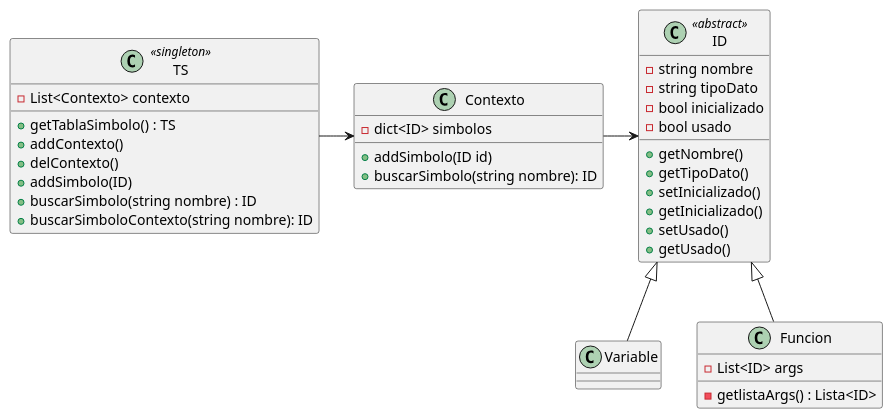
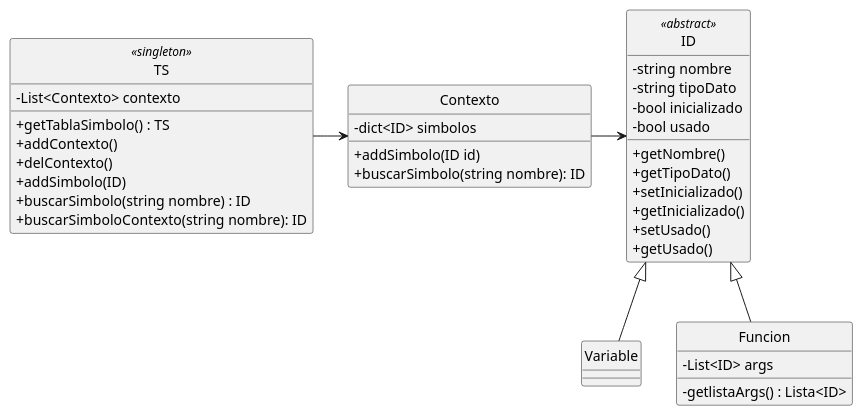
The diagram in compilador/src/main/python/TablaSimbolos.puml (MarielRodriguez072/DHS), drawn with PlantUML before and after one commit. The commit also changed 17 other files, not shown here.

```diff
--- a/compilador/src/main/python/TablaSimbolos.puml
+++ b/compilador/src/main/python/TablaSimbolos.puml
@@ -1,47 +1,50 @@
 @startuml TablaSimbolos
+
+skinparam ClassAttributeIconSize 0
+hide circle
 
 class TS <<singleton>> {
     - List<Contexto> contexto
     + getTablaSimbolo() : TS
     + addContexto()
     + delContexto()
     + addSimbolo(ID)
     + buscarSimbolo(string nombre) : ID
     + buscarSimboloContexto(string nombre): ID
 
 }
 
 class Contexto {
     - dict<ID> simbolos
     + addSimbolo(ID id)
     + buscarSimbolo(string nombre): ID
 }
 
 class ID <<abstract>> {
     - string nombre
     - string tipoDato
     - bool inicializado
     - bool usado 
     + getNombre()
     + getTipoDato()
     + setInicializado()
     + getInicializado()
     + setUsado()
     + getUsado()
 }
 
 class Variable {
 
 }
 
 class Funcion {
     - List<ID> args
     - getlistaArgs() : Lista<ID>
 }
 
 TS -right-> Contexto
 Contexto -right-> ID
 ID <|-- Variable
 ID <|-- Funcion
 
 @enduml
```
